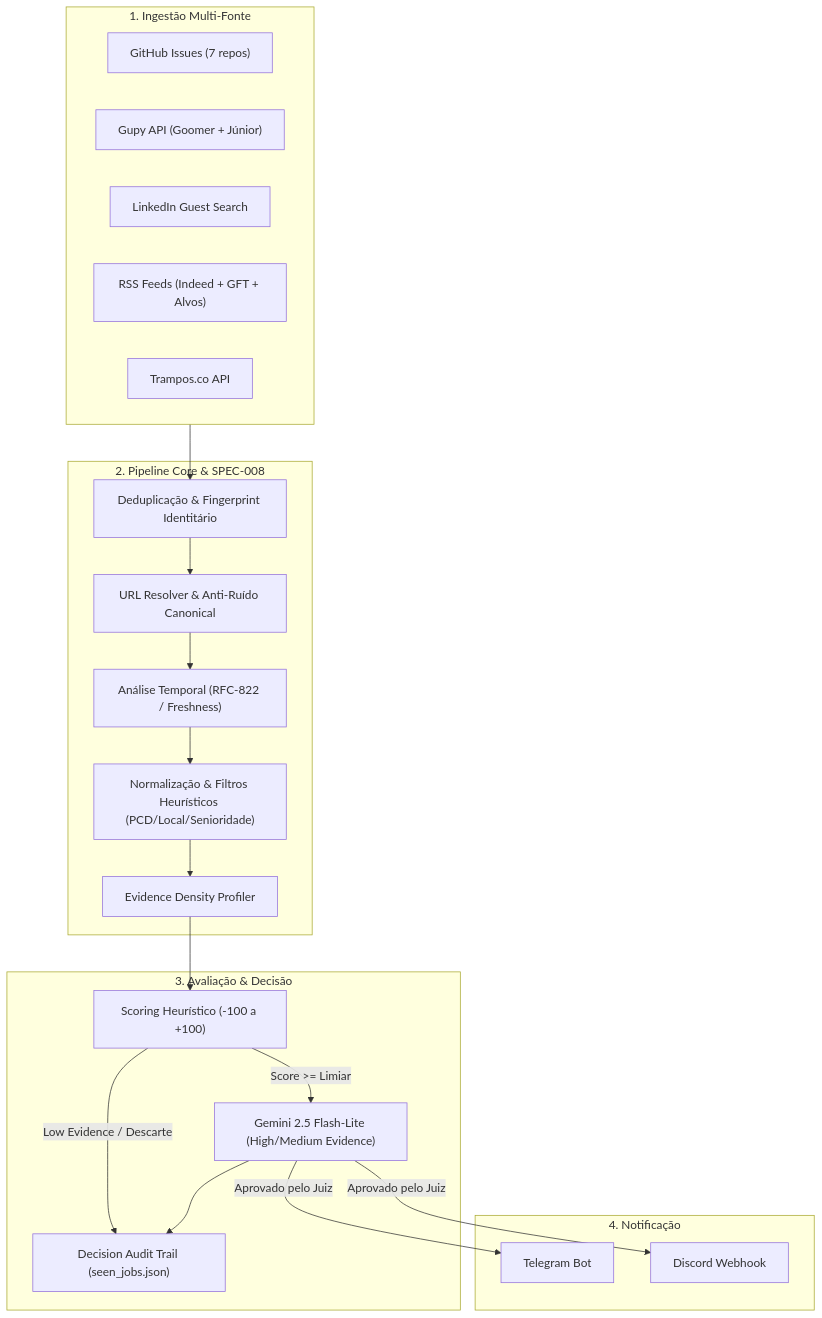
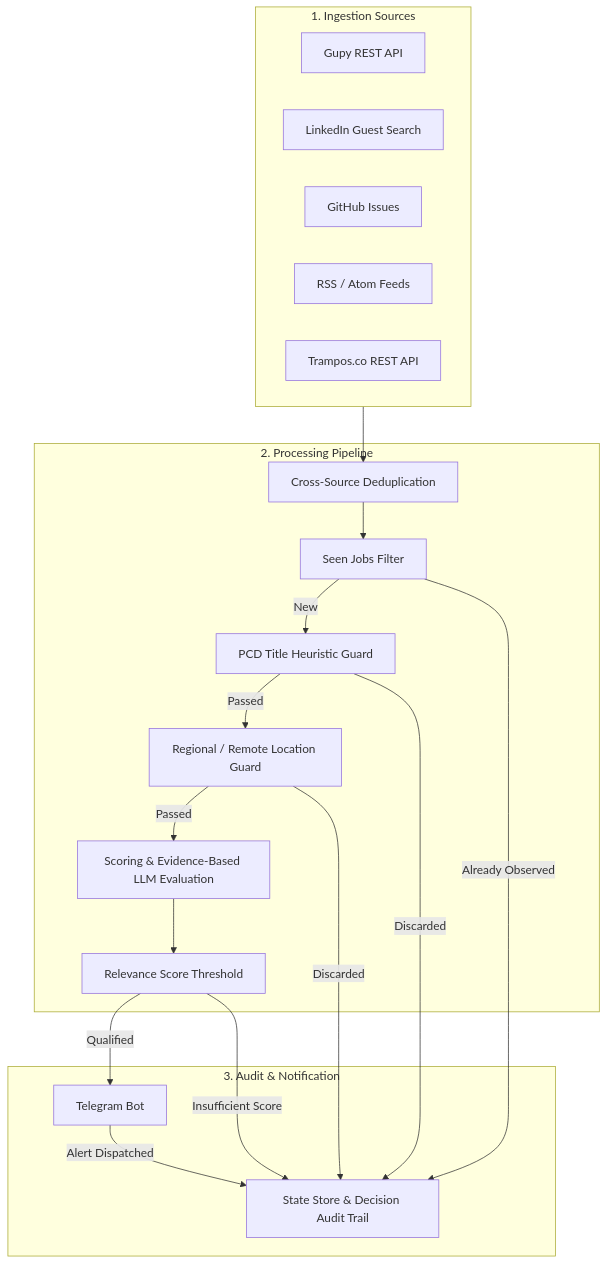
The diagram in README.md (RafalauriSantos/job-finder), drawn with Mermaid before and after one commit. The commit also changed other lines of this file and 11 other files, not shown here.

First line of the commit message:
docs: establish engineering documentation and align README with current architecture

````diff
--- a/README.md
+++ b/README.md
@@ -34,41 +19,37 @@
 ```mermaid
 flowchart TD
-    subgraph Ingestion["1. Ingestão Multi-Fonte"]
-        GH["GitHub Issues (7 repos)"]
-        GUPY["Gupy API (Goomer + Júnior)"]
+    subgraph Ingestion["1. Ingestion Sources"]
+        GUPY["Gupy REST API"]
         LI["LinkedIn Guest Search"]
-        RSS["RSS Feeds (Indeed + GFT + Alvos)"]
-        TRAMPOS["Trampos.co API"]
+        GH["GitHub Issues"]
+        RSS["RSS / Atom Feeds"]
+        TRAMPOS["Trampos.co REST API"]
     end
 
-    subgraph Pipeline["2. Pipeline Core & SPEC-008"]
-        DEDUP["Deduplicação & Fingerprint Identitário"]
-        URL_RES["URL Resolver & Anti-Ruído Canonical"]
-        TEMP["Análise Temporal (RFC-822 / Freshness)"]
-        NORM["Normalização & Filtros Heurísticos (PCD/Local/Senioridade)"]
-        DENSITY["Evidence Density Profiler"]
+    subgraph Pipeline["2. Processing Pipeline"]
+        MERGE["Cross-Source Deduplication"]
+        SEEN["Seen Jobs Filter"]
+        PCD["PCD Title Heuristic Guard"]
+        LOC["Regional / Remote Location Guard"]
+        EVAL["Scoring & Evidence-Based LLM Evaluation"]
+        THRESHOLD["Relevance Score Threshold"]
     end
 
-    subgraph Evaluation["3. Avaliação & Decisão"]
-        HEUR["Scoring Heurístico (-100 a +100)"]
-        GEMINI["Gemini 2.5 Flash-Lite (High/Medium Evidence)"]
-        AUDIT["Decision Audit Trail (seen_jobs.json)"]
+    subgraph Dispatch["3. Audit & Notification"]
+        TG["Telegram Bot"]
+        STORE["State Store & Decision Audit Trail"]
     end
 
-    subgraph Dispatch["4. Notificação"]
-        TG["Telegram Bot"]
-        DISCORD["Discord Webhook"]
-    end
-
-    Ingestion --> DEDUP
-    DEDUP --> URL_RES
-    URL_RES --> TEMP
-    TEMP --> NORM
-    NORM --> DENSITY
-    DENSITY --> HEUR
-    HEUR -->|Score >= Limiar| GEMINI
-    HEUR -->|Low Evidence / Descarte| AUDIT
-    GEMINI --> AUDIT
-    GEMINI -->|Aprovado pelo Juiz| TG
-    GEMINI -->|Aprovado pelo Juiz| DISCORD
+    Ingestion --> MERGE
+    MERGE --> SEEN
+    SEEN -->|New| PCD
+    PCD -->|Passed| LOC
+    LOC -->|Passed| EVAL
+    EVAL --> THRESHOLD
+    THRESHOLD -->|Qualified| TG
+    TG -->|Alert Dispatched| STORE
+    THRESHOLD -->|Insufficient Score| STORE
+    PCD -->|Discarded| STORE
+    LOC -->|Discarded| STORE
+    SEEN -->|Already Observed| STORE
 ```
````
